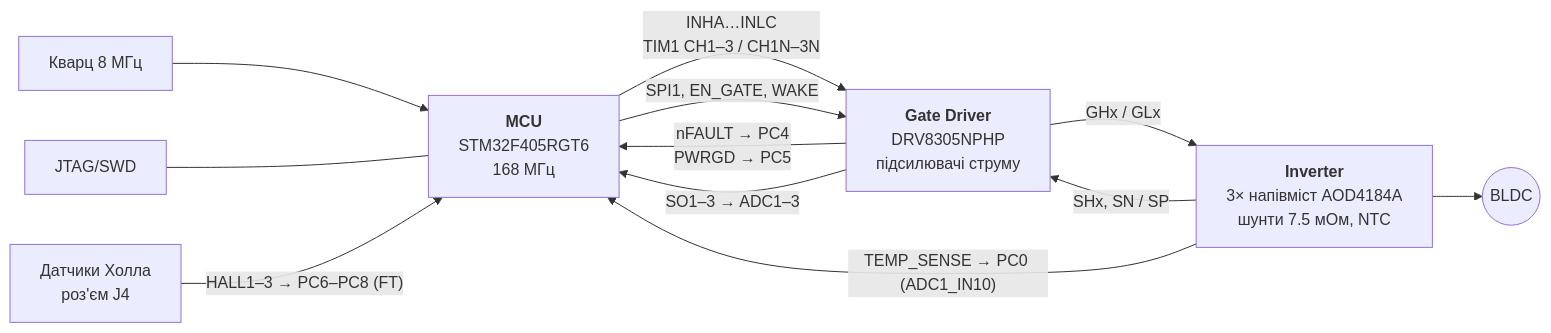
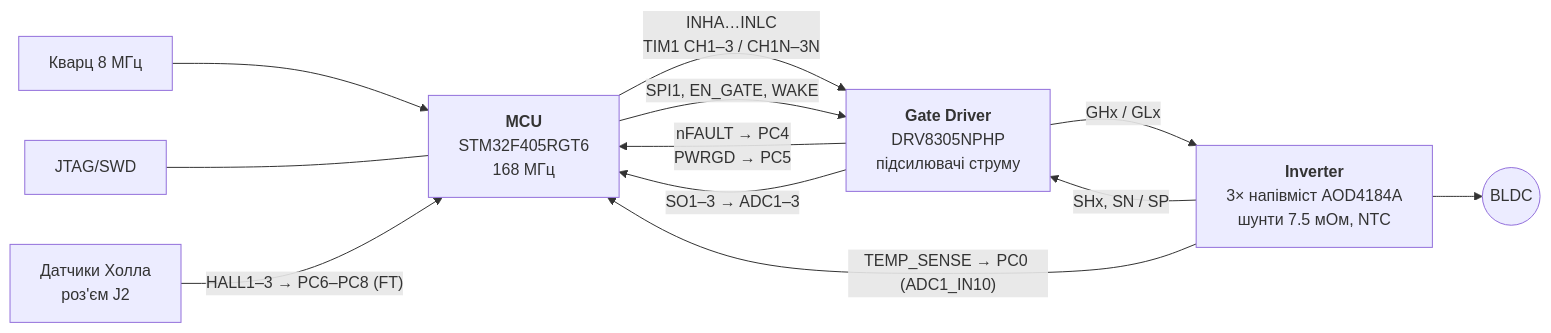
One commit to anhro/hardware-development changed the first of 2 diagrams in motor-drive-controller/docs/architecture.md. Above: the diagram before and after it, drawn with Mermaid. The commit also changed other lines of this file and 6 other files, not shown here.

````diff
--- a/motor-drive-controller/docs/architecture.md
+++ b/motor-drive-controller/docs/architecture.md
@@ -8,19 +8,19 @@
 ```mermaid
 flowchart LR
     HSE["Кварц 8 МГц"] --> MCU
     DBG["JTAG/SWD"] --- MCU
-    HALL["Датчики Холла<br/>роз'єм J4"] -- "HALL1–3 → PC6–PC8 (FT)" --> MCU
+    HALL["Датчики Холла<br/>роз'єм J2"] -- "HALL1–3 → PC6–PC8 (FT)" --> MCU
 
     MCU["<b>MCU</b><br/>STM32F405RGT6<br/>168 МГц"]
     DRV["<b>Gate Driver</b><br/>DRV8305NPHP<br/>підсилювачі струму"]
     INV["<b>Inverter</b><br/>3× напівміст AOD4184A<br/>шунти 7.5 мОм, NTC"]
 
     MCU -- "INHA…INLC<br/>TIM1 CH1–3 / CH1N–3N" --> DRV
     DRV -- "nFAULT → PC4<br/>PWRGD → PC5" --> MCU
     MCU -- "SPI1, EN_GATE, WAKE" --> DRV
     DRV -- "SO1–3 → ADC1–3" --> MCU
     DRV -- "GHx / GLx" --> INV
     INV -- "SHx, SN / SP" --> DRV
     INV -- "TEMP_SENSE → PC0 (ADC1_IN10)" --> MCU
     INV --> M(("BLDC"))
 ```
````
